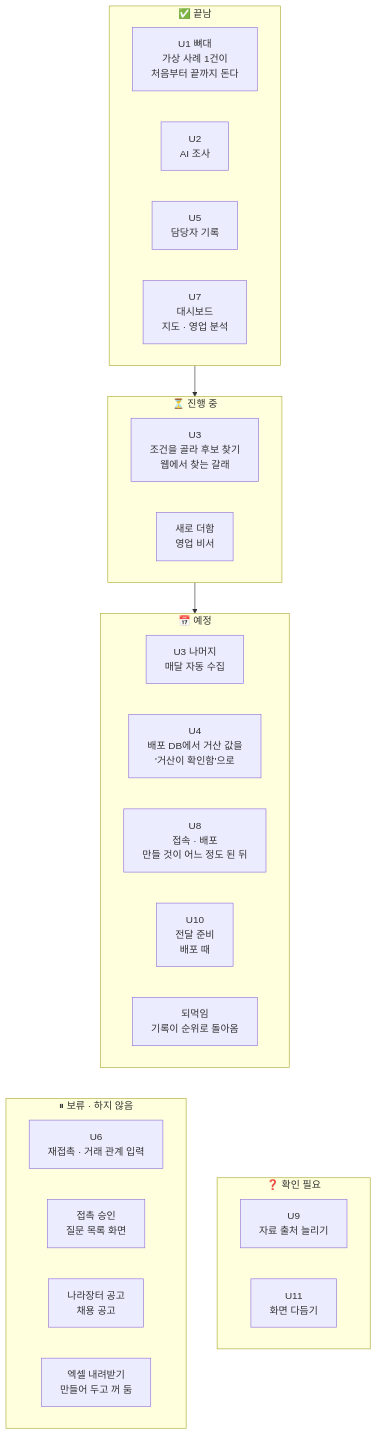
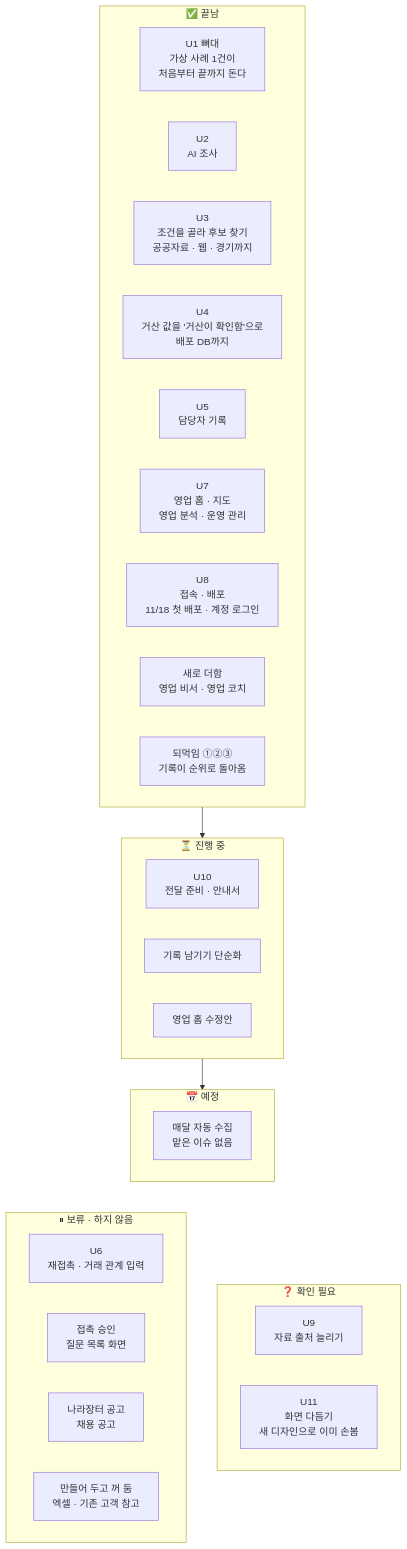
One commit to agent-ddalgi-team/final-geosan changed the second of 2 diagrams in docs/map/README.md. Above: the diagram before and after it, drawn with Mermaid. The commit also changed other lines of this file and 4 other files, not shown here.

````diff
--- a/docs/map/README.md
+++ b/docs/map/README.md
@@ -54,33 +54,35 @@
 ```mermaid
 flowchart TB
     subgraph DONE["✅ 끝남"]
         U1["U1 뼈대<br/>가상 사례 1건이<br/>처음부터 끝까지 돈다"]
         U2["U2<br/>AI 조사"]
+        U3["U3<br/>조건을 골라 후보 찾기<br/>공공자료 · 웹 · 경기까지"]
+        U4["U4<br/>거산 값을 '거산이 확인함'으로<br/>배포 DB까지"]
         U5["U5<br/>담당자 기록"]
-        U7["U7<br/>대시보드<br/>지도 · 영업 분석"]
+        U7["U7<br/>영업 홈 · 지도<br/>영업 분석 · 운영 관리"]
+        U8["U8<br/>접속 · 배포<br/>11/18 첫 배포 · 계정 로그인"]
+        X1["새로 더함<br/>영업 비서 · 영업 코치"]
+        X2["되먹임 ①②③<br/>기록이 순위로 돌아옴"]
     end
     subgraph NOW["⏳ 진행 중"]
-        U3["U3<br/>조건을 골라 후보 찾기<br/>웹에서 찾는 갈래"]
-        X1["새로 더함<br/>영업 비서"]
+        U10["U10<br/>전달 준비 · 안내서"]
+        X6["기록 남기기 단순화"]
+        X7["영업 홈 수정안"]
     end
     subgraph NEXT["📅 예정"]
-        X0["U3 나머지<br/>매달 자동 수집"]
-        U4["U4<br/>배포 DB에서 거산 값을<br/>'거산이 확인함'으로"]
-        U8["U8<br/>접속 · 배포<br/>만들 것이 어느 정도 된 뒤"]
-        U10["U10<br/>전달 준비<br/>배포 때"]
-        X2["되먹임<br/>기록이 순위로 돌아옴"]
+        X0["매달 자동 수집<br/>맡은 이슈 없음"]
     end
     subgraph HOLD["⏸ 보류 · 하지 않음"]
         U6["U6<br/>재접촉 · 거래 관계 입력"]
         X3["접촉 승인<br/>질문 목록 화면"]
         X4["나라장터 공고<br/>채용 공고"]
-        X5["엑셀 내려받기<br/>만들어 두고 꺼 둠"]
+        X5["만들어 두고 꺼 둠<br/>엑셀 · 기존 고객 참고"]
     end
     subgraph ASK["❓ 확인 필요"]
         U9["U9<br/>자료 출처 늘리기"]
-        U11["U11<br/>화면 다듬기"]
+        U11["U11<br/>화면 다듬기<br/>새 디자인으로 이미 손봄"]
     end
     DONE --> NOW --> NEXT
     NEXT ~~~ HOLD
     NEXT ~~~ ASK
 ```
````
